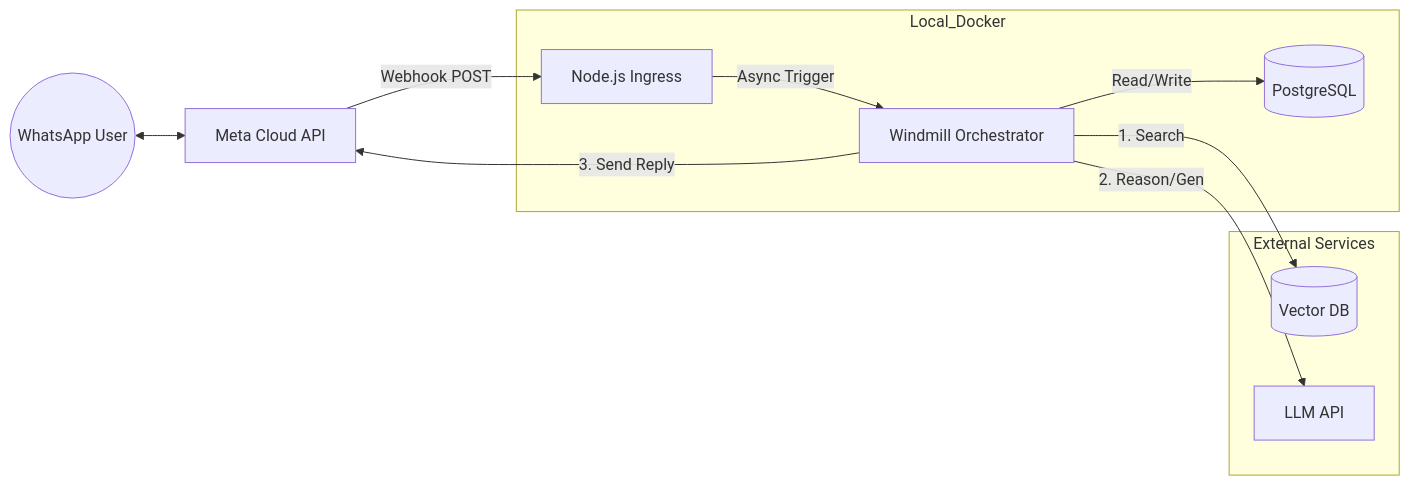
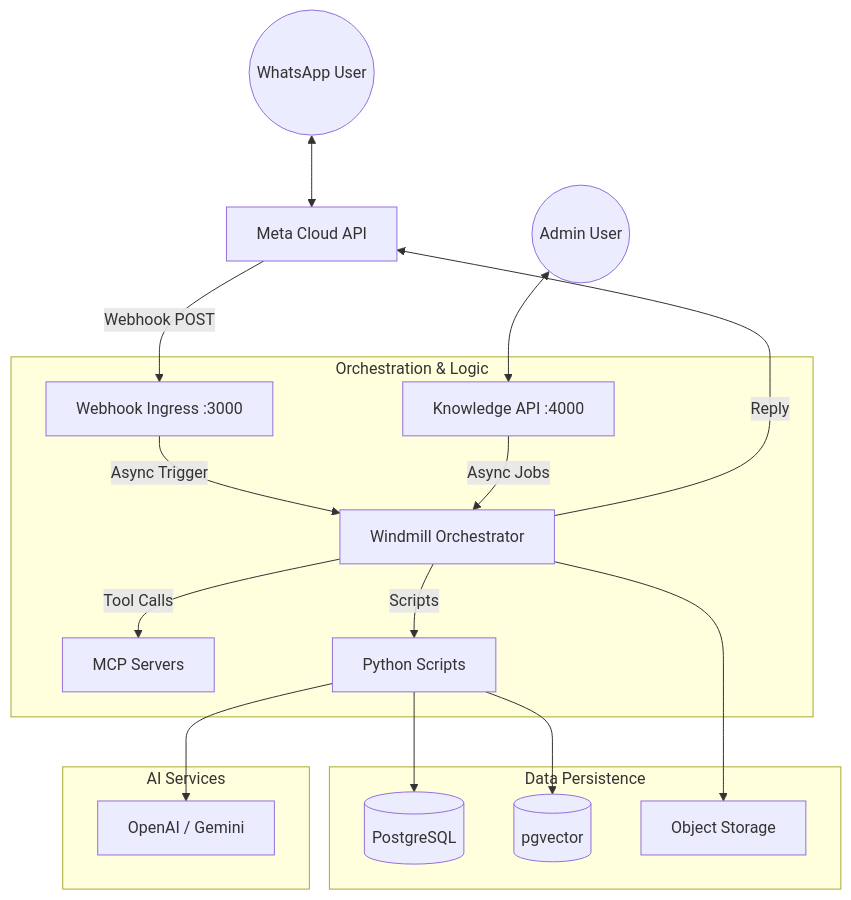
One commit to JDRQlabs/LLM-Chatbot changed the diagram in docs/ARCHITECTURE.md. Above: the diagram before and after it, drawn with Mermaid. The commit also changed other lines of this file and 27 other files, not shown here.

````diff
--- a/docs/ARCHITECTURE.md
+++ b/docs/ARCHITECTURE.md
@@ -27,17 +188,26 @@
 ```mermaid
-flowchart LR
+flowchart TD
     User((WhatsApp User)) <--> Meta[Meta Cloud API]
-    Meta -- Webhook POST --> Node[Node.js Ingress]
+    Admin((Admin User)) <--> API[Knowledge API :4000]
     
-    subgraph Local_Docker
-        Node -- Async Trigger --> Windmill[Windmill Orchestrator]
-        Windmill -- Read/Write --> DB[(PostgreSQL)]
+    Meta -- Webhook POST --> Ingress[Webhook Ingress :3000]
+    
+    subgraph "Orchestration & Logic"
+        Ingress -- Async Trigger --> WM[Windmill Orchestrator]
+        WM -- Tool Calls --> MCP[MCP Servers]
+        WM -- Scripts --> Scripts[Python Scripts]
+        API -- Async Jobs --> WM
     end
     
-    subgraph "External Services"
-        Windmill -->|1. Search| pgvector[(Vector DB)]
-        Windmill -->|2. Reason/Gen| OpenAI/Google[LLM API]
+    subgraph "Data Persistence"
+        Scripts --> DB[(PostgreSQL)]
+        Scripts --> Vector[(pgvector)]
+        WM --> S3[Object Storage]
     end
     
-    Windmill -- 3. Send Reply --> Meta
+    subgraph "AI Services"
+        Scripts --> LLM[OpenAI / Gemini]
+    end
+    
+    WM -- Reply --> Meta
 ```
````
